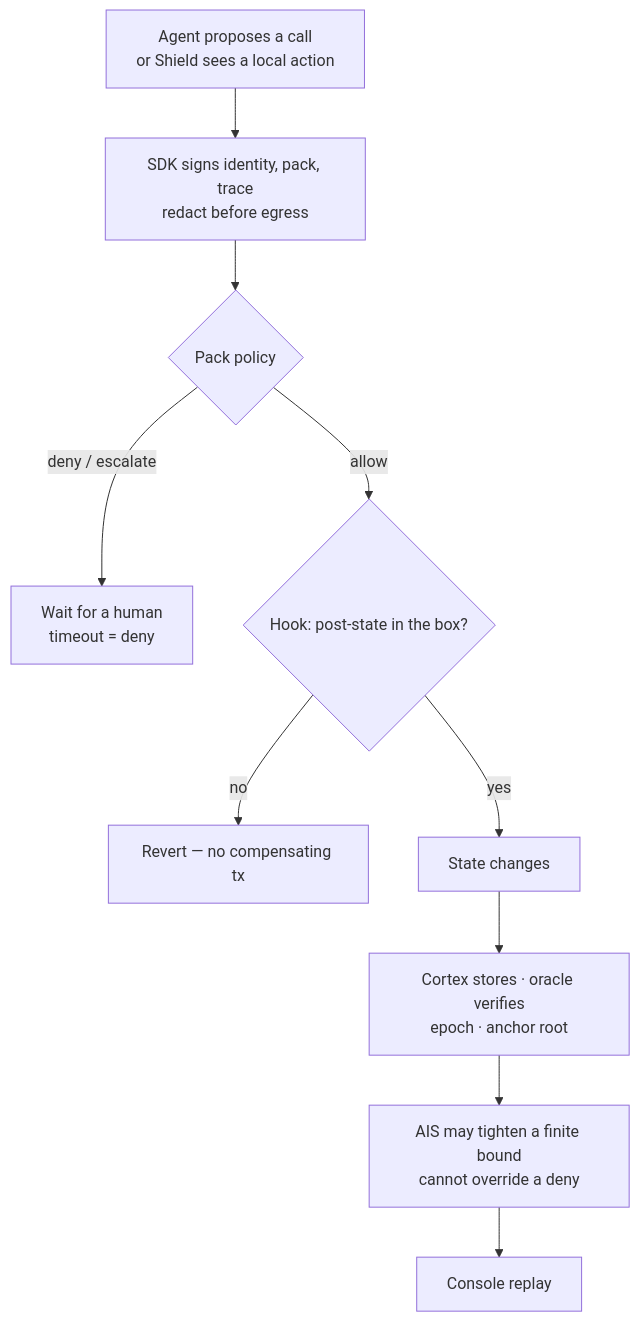
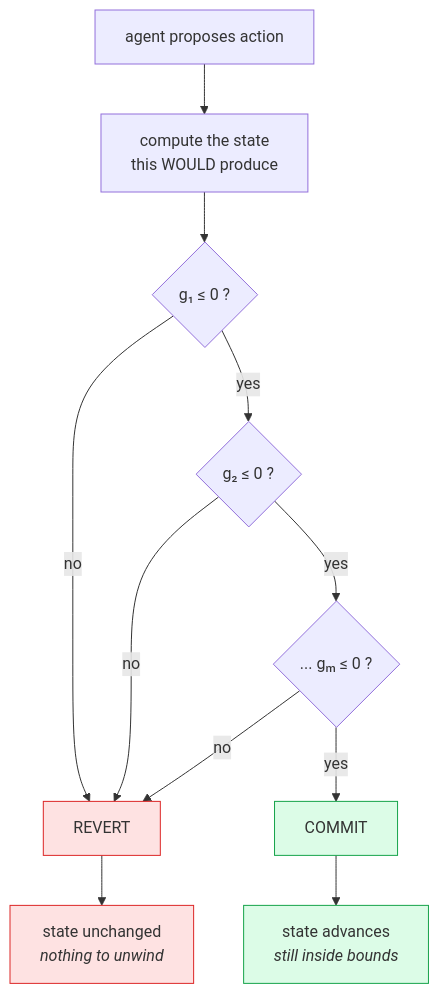
The sixth of 13 diagrams in docs/WHITEPAPER.md (XibalbaTechSol/integrity-core), drawn with Mermaid before and after one commit. The commit also changed other lines of this file and 16 other files, not shown here.

````diff
--- a/docs/WHITEPAPER.md
+++ b/docs/WHITEPAPER.md
@@ -200,12 +666,19 @@
 ```mermaid
-flowchart TD
-    A["Agent proposes a call<br/>or Shield sees a local action"] --> B["SDK signs identity, pack, trace<br/>redact before egress"]
-    B --> C{"Pack policy"}
-    C -->|deny / escalate| H["Wait for a human<br/>timeout = deny"]
-    C -->|allow| D{"Hook: post-state in the box?"}
-    D -->|no| R["Revert — no compensating tx"]
-    D -->|yes| E["State changes"]
-    E --> F["Cortex stores · oracle verifies<br/>epoch · anchor root"]
-    F --> G["AIS may tighten a finite bound<br/>cannot override a deny"]
-    G --> I["Console replay"]
+flowchart TB
+    A["agent proposes action"] --> B["compute the state<br/>this WOULD produce"]
+    B --> C{"g₁ ≤ 0 ?"}
+    C -->|no| X["REVERT"]
+    C -->|yes| D{"g₂ ≤ 0 ?"}
+    D -->|no| X
+    D -->|yes| E{"... gₘ ≤ 0 ?"}
+    E -->|no| X
+    E -->|yes| F["COMMIT"]
+
+    X --> X2["state unchanged<br/><i>nothing to unwind</i>"]
+    F --> F2["state advances<br/><i>still inside bounds</i>"]
+
+    classDef bad fill:#fee2e2,stroke:#dc2626
+    classDef good fill:#dcfce7,stroke:#16a34a
+    class X,X2 bad
+    class F,F2 good
 ```
````
